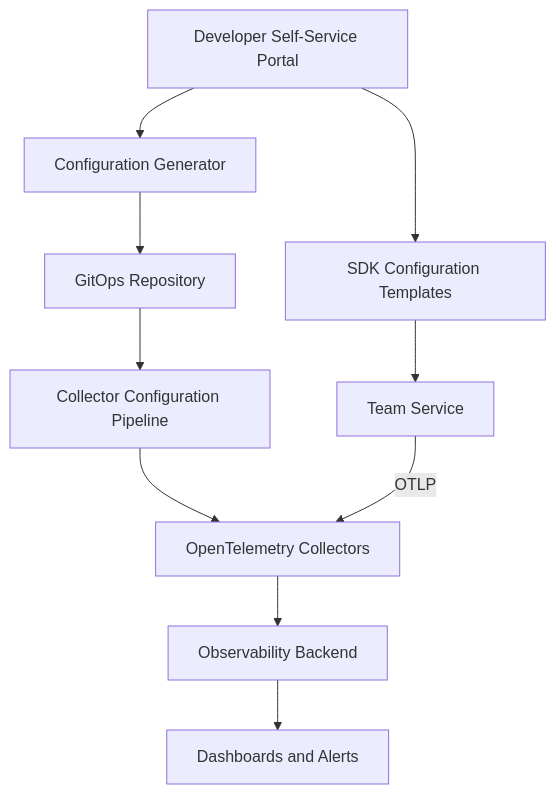
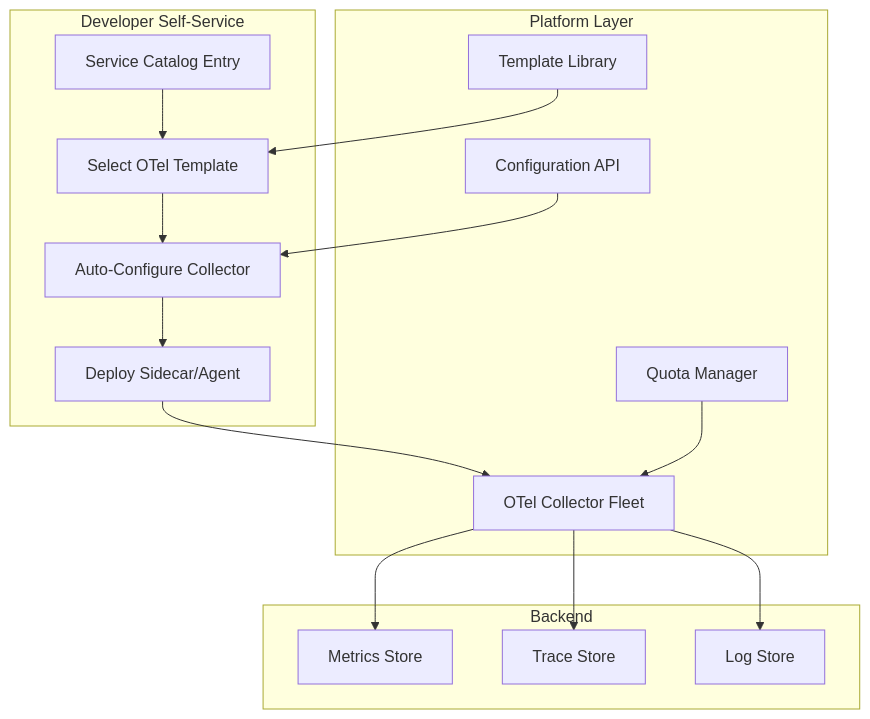
The diagram in posts/2026-02-06-self-service-observability-platform-opentelemetry/README.md (OneUptime/blog), drawn with Mermaid before and after one commit. The commit also changed other lines of this file and 999 other files, not shown here.

````diff
--- a/posts/2026-02-06-self-service-observability-platform-opentelemetry/README.md
+++ b/posts/2026-02-06-self-service-observability-platform-opentelemetry/README.md
@@ -19,14 +15,29 @@
 ```mermaid
-graph TD
-    A[Developer Self-Service Portal] --> B[Configuration Generator]
-    B --> C[GitOps Repository]
-    C --> D[Collector Configuration Pipeline]
-    D --> E[OpenTelemetry Collectors]
+flowchart TD
+    subgraph "Developer Self-Service"
+        A[Service Catalog Entry] --> B[Select OTel Template]
+        B --> C[Auto-Configure Collector]
+        C --> D[Deploy Sidecar/Agent]
+    end
 
-    F[Team Service] -->|OTLP| E
-    E --> G[Observability Backend]
-    G --> H[Dashboards and Alerts]
+    subgraph "Platform Layer"
+        E[OTel Collector Fleet]
+        F[Template Library]
+        G[Configuration API]
+        H[Quota Manager]
+    end
 
-    A --> I[SDK Configuration Templates]
-    I --> F
+    subgraph "Backend"
+        I[Metrics Store]
+        J[Trace Store]
+        K[Log Store]
+    end
+
+    D --> E
+    F --> B
+    G --> C
+    H --> E
+    E --> I
+    E --> J
+    E --> K
 ```
````
